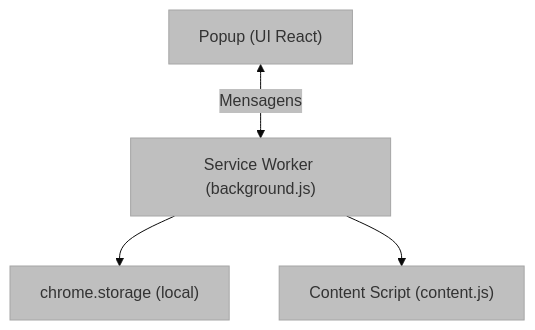
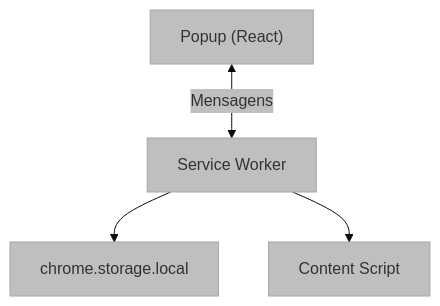
Before and after one commit to marcus-v-rodrigues/ux-auditor-extension: the first of 3 diagrams in docs/02-service-worker.md, drawn with Mermaid. The commit also changed other lines of this file and 7 other files, not shown here.

````diff
--- a/docs/02-service-worker.md
+++ b/docs/02-service-worker.md
@@ -20,12 +19,12 @@
 ```mermaid
 %%{init: {'theme': 'base', 'themeVariables': { 'primaryColor': '#bfbfbf', 'edgeColor': '#5d5d5d' }, "flowchart": {"subGraphTitleMargin": {"bottom": 30}}}}%%
 flowchart TB
-    Popup["Popup (UI React)"]
-    SW["Service Worker (background.js)"]
-    Storage["chrome.storage (local)"]
-    CS["Content Script (content.js)"]
-    
-    Popup <-->|"Mensagens"| SW
+    Popup["Popup (React)"]
+    SW["Service Worker"]
+    Storage["chrome.storage.local"]
+    CS["Content Script"]
+
+    Popup <-->|Mensagens| SW
     SW --> Storage
     SW --> CS
 ```
````
